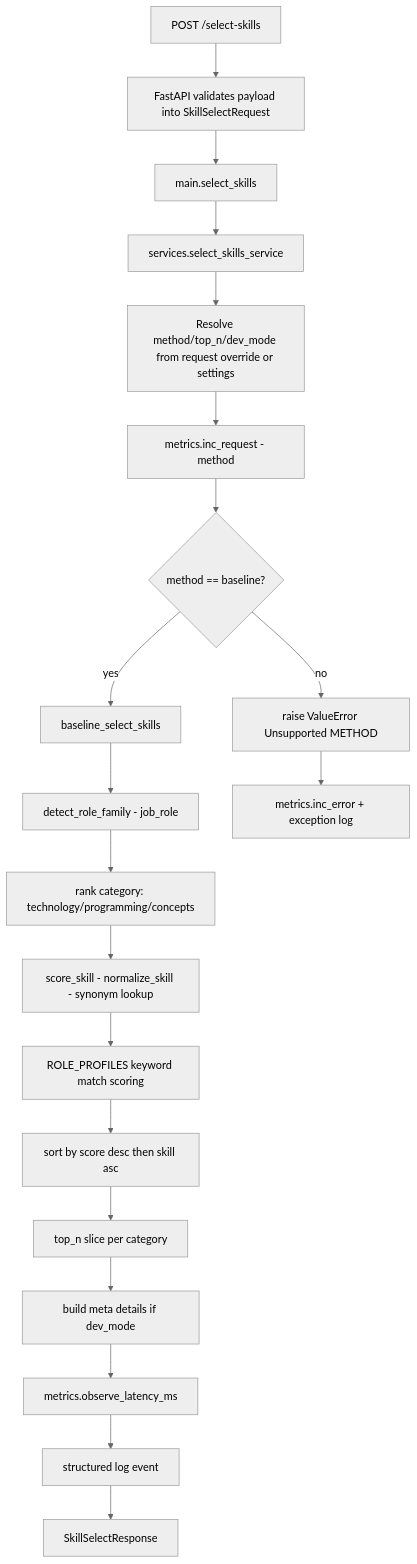
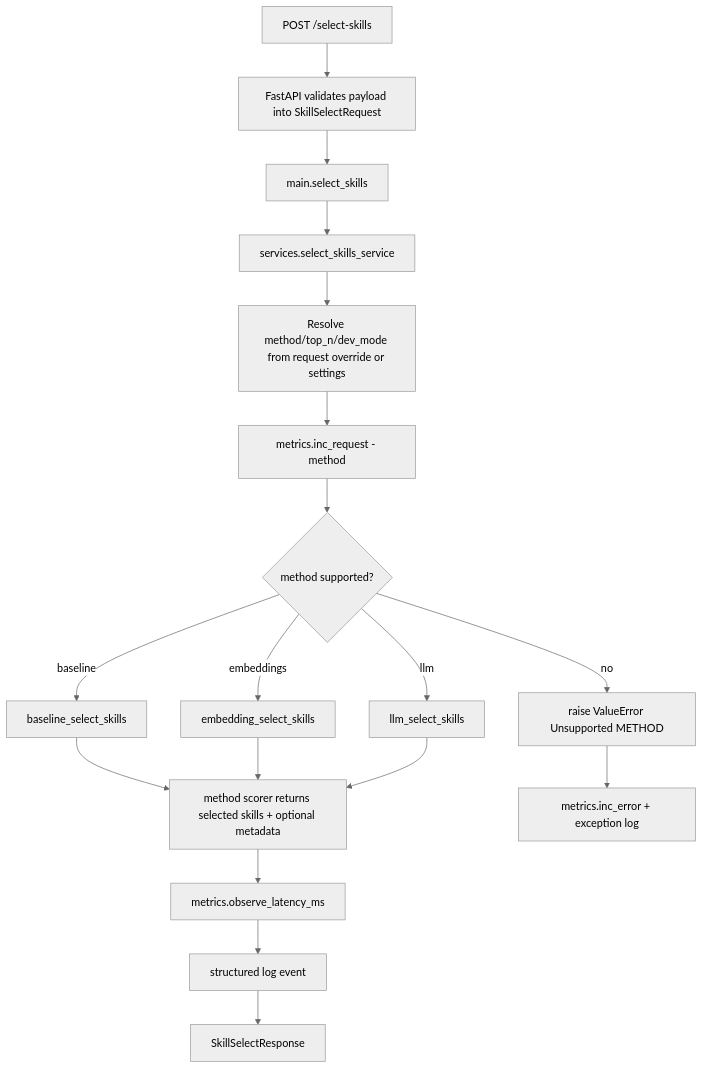
The diagram in docs/architecture-overview.md (namerror/JobForge), drawn with Mermaid (neutral theme) before and after one commit. The commit also changed other lines of this file and 2 other files, not shown here.

Commit message:
Update documentation: llm method

````diff
--- a/docs/architecture-overview.md
+++ b/docs/architecture-overview.md
@@ -44,22 +55,20 @@
 ```mermaid
 flowchart TD
     A[POST /select-skills] --> B[FastAPI validates payload into SkillSelectRequest]
     B --> C[main.select_skills]
     C --> D[services.select_skills_service]
     D --> E[Resolve method/top_n/dev_mode from request override or settings]
     E --> F[metrics.inc_request - method]
-    F --> G{method == baseline?}
+    F --> G{method supported?}
     G -- no --> H[raise ValueError Unsupported METHOD]
-    G -- yes --> I[baseline_select_skills]
-    I --> J[detect_role_family - job_role]
-    J --> K[rank category: technology/programming/concepts]
-    K --> L[score_skill - normalize_skill - synonym lookup]
-    L --> M[ROLE_PROFILES keyword match scoring]
-    M --> N[sort by score desc then skill asc]
-    N --> O[top_n slice per category]
-    O --> P[build meta details if dev_mode]
-    P --> Q[metrics.observe_latency_ms]
+    G -- baseline --> I[baseline_select_skills]
+    G -- embeddings --> U[embedding_select_skills]
+    G -- llm --> V[llm_select_skills]
+    I --> J[method scorer returns selected skills + optional metadata]
+    U --> J
+    V --> J
+    J --> Q[metrics.observe_latency_ms]
     Q --> R[structured log event]
     R --> S[SkillSelectResponse]
     H --> T[metrics.inc_error + exception log]
 ```
````
